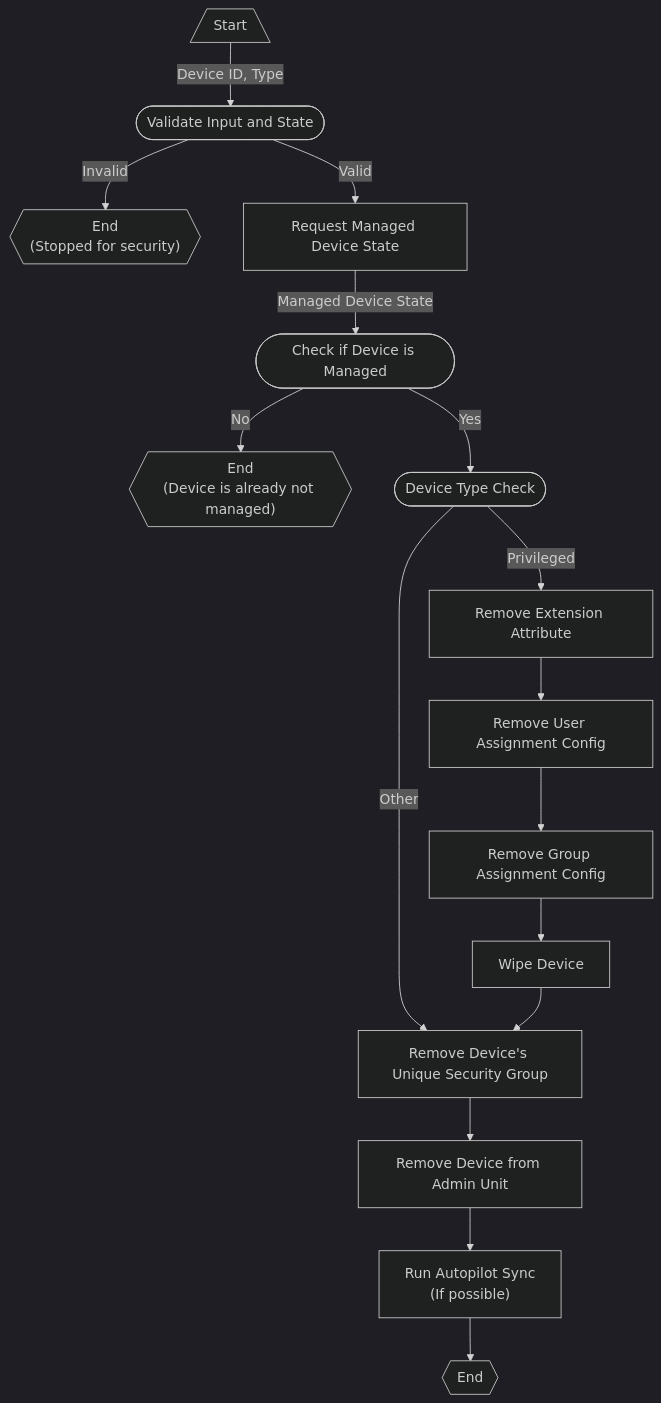
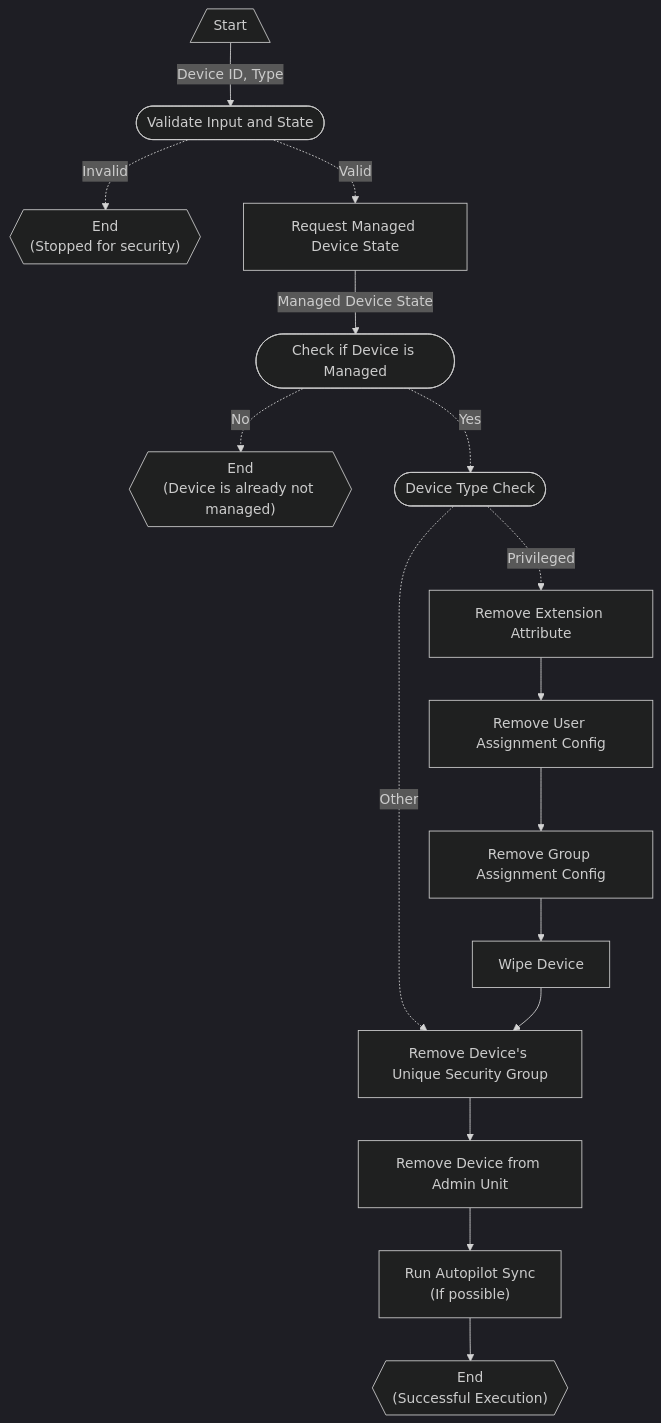
The second of 2 diagrams in docs/Reference/Architecture/Diagrams/Device-Decommission.md (Software-Hardware-Integration-Lab/Documentation), drawn with Mermaid (dark theme) before and after one commit. The commit also changed other lines of this file and 1 other file, not shown here.

````diff
--- a/docs/Reference/Architecture/Diagrams/Device-Decommission.md
+++ b/docs/Reference/Architecture/Diagrams/Device-Decommission.md
@@ -7,35 +29,35 @@
 ``` mermaid
 flowchart TD
 
 Start[/"Start"\]
 InputValidation(["Validate Input and State"])
 FailValidation{{"End\n(Stopped for security)"}}
 ManagedDeviceRequest["Request Managed Device State"]
 ManagementCheck(["Check if Device is Managed"])
 FailNotManaged{{"End\n(Device is already not managed)"}}
 PrivDevCheck(["Device Type Check"])
 PrivExtAttrib["Remove Extension Attribute"]
 PrivUsrAssign["Remove User Assignment Config"]
 PrivGrpConf["Remove Group Assignment Config"]
 DevSecGrp["Remove Device's Unique Security Group"]
 WipePriv["Wipe Device"]
 AdminUnit["Remove Device from Admin Unit"]
 AutopilotSync["Run Autopilot Sync\n(If possible)"]
-SuccessEnd{{"End"}}
+SuccessEnd{{"End\n(Successful Execution)"}}
 
 Start --> | Device ID, Type | InputValidation
-InputValidation -->| Valid | ManagedDeviceRequest
-InputValidation --> | Invalid | FailValidation
+InputValidation -.->| Valid | ManagedDeviceRequest
+InputValidation -.-> | Invalid | FailValidation
 ManagedDeviceRequest -->| Managed Device State | ManagementCheck
-ManagementCheck -->| No | FailNotManaged
-ManagementCheck -->| Yes | PrivDevCheck
-PrivDevCheck -->| Privileged | PrivExtAttrib
-PrivDevCheck -->| Other | DevSecGrp
+ManagementCheck -.->| No | FailNotManaged
+ManagementCheck -.->| Yes | PrivDevCheck
+PrivDevCheck -.->| Privileged | PrivExtAttrib
+PrivDevCheck -.->| Other | DevSecGrp
 PrivExtAttrib --> PrivUsrAssign
 PrivUsrAssign --> PrivGrpConf
 PrivGrpConf --> WipePriv
 WipePriv --> DevSecGrp
 DevSecGrp --> AdminUnit
 AdminUnit --> AutopilotSync
 AutopilotSync --> SuccessEnd
 ```
````
